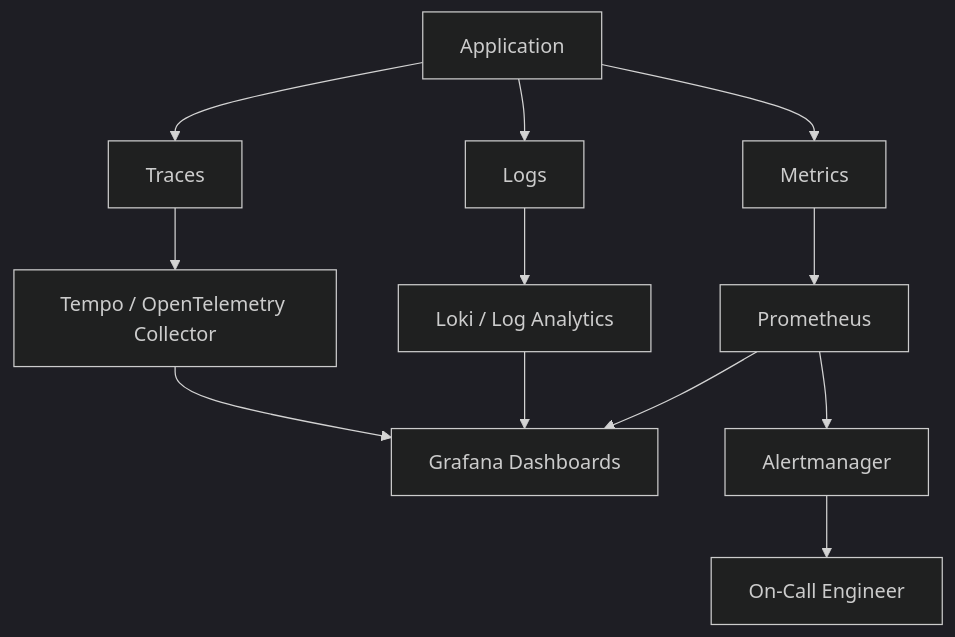
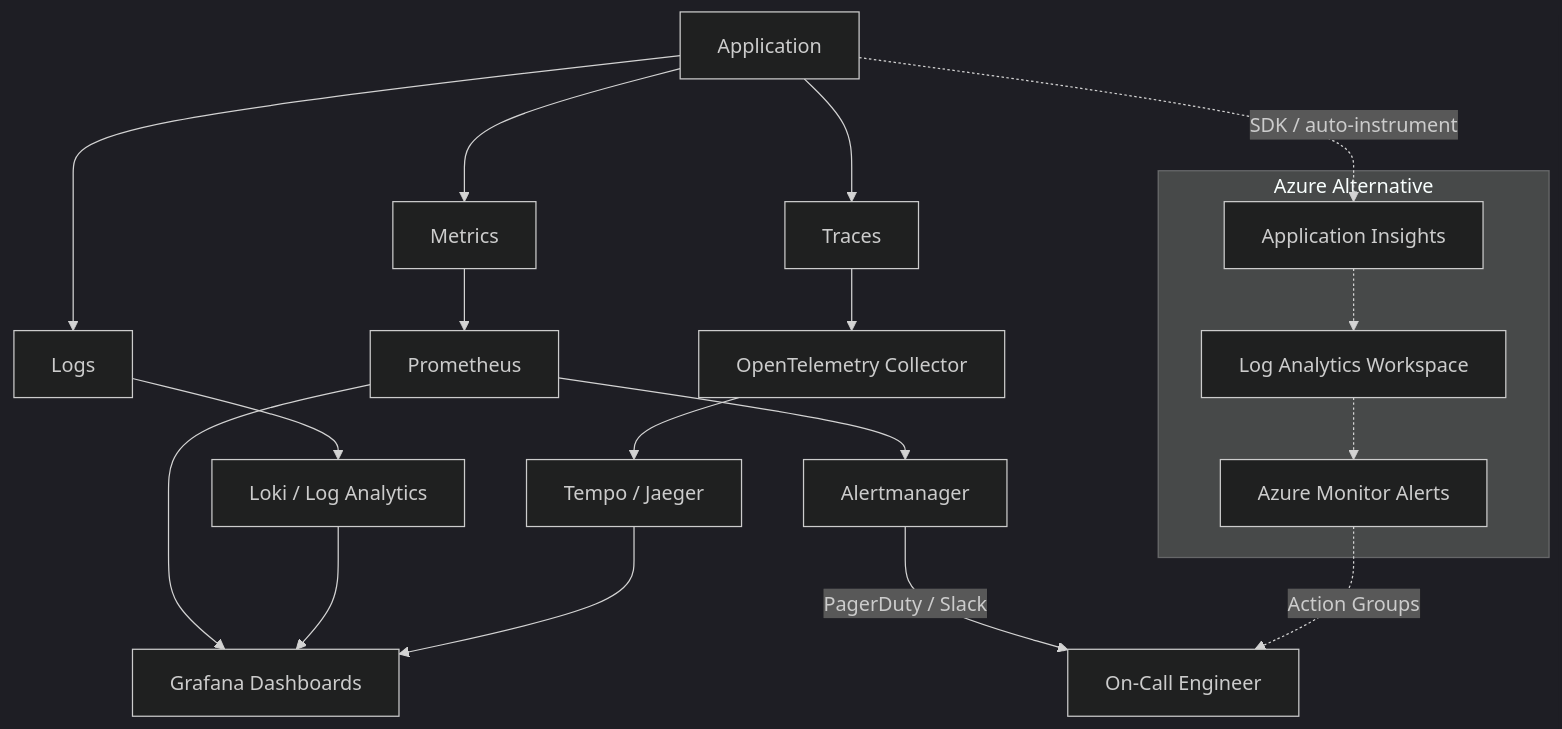
One commit to Harshithj88/sre-devops-handbook changed the diagram in architecture/observability-architecture.md. Above: the diagram before and after it, drawn with Mermaid (dark theme). The commit also changed other lines of this file and 3 other files, not shown here.

Commit message:
Add Azure DevOps cheatsheet, IIS runbook, expand observability architecture

````diff
--- a/architecture/observability-architecture.md
+++ b/architecture/observability-architecture.md
@@ -1,17 +9,29 @@
 ```mermaid
 flowchart TD
     App[Application] --> Metrics[Metrics]
     App --> Logs[Logs]
     App --> Traces[Traces]
 
     Metrics --> Prometheus[Prometheus]
     Logs --> Loki[Loki / Log Analytics]
-    Traces --> Tempo[Tempo / OpenTelemetry Collector]
+    Traces --> OTel[OpenTelemetry Collector]
+    OTel --> Tempo[Tempo / Jaeger]
 
     Prometheus --> Grafana[Grafana Dashboards]
     Loki --> Grafana
     Tempo --> Grafana
 
     Prometheus --> AlertManager[Alertmanager]
-    AlertManager --> OnCall[On-Call Engineer]
+    AlertManager -->|PagerDuty / Slack| OnCall[On-Call Engineer]
+
+    subgraph Azure Alternative
+        AppInsights[Application Insights]
+        LAW[Log Analytics Workspace]
+        AzMonitor[Azure Monitor Alerts]
+    end
+
+    App -.->|SDK / auto-instrument| AppInsights
+    AppInsights -.-> LAW
+    LAW -.-> AzMonitor
+    AzMonitor -.->|Action Groups| OnCall
 ```
````
